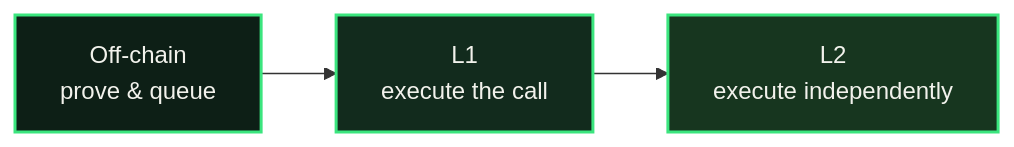
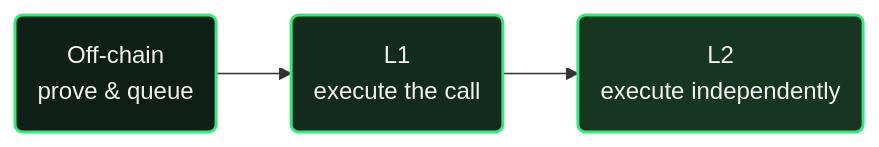
Before and after one commit to 0xarmagan/eez-docs: the first of 2 diagrams in docs/_execution-flow-diagram.mdx, drawn with Mermaid. The commit also changed other lines of this file and 10 other files, not shown here.

````diff
--- a/docs/_execution-flow-diagram.mdx
+++ b/docs/_execution-flow-diagram.mdx
@@ -3,8 +3,8 @@
 ```mermaid
 flowchart LR
-    A["Off-chain\nprove & queue"] --> B["L1\nexecute the call"]
-    B --> C["L2\nexecute independently"]
+    A("Off-chain\nprove & queue") --> B("L1\nexecute the call")
+    B --> C("L2\nexecute independently")
     style A fill:#0d1f16,stroke:#3BE57E,stroke-width:2px,color:#F2F2EC
     style B fill:#122b1d,stroke:#3BE57E,stroke-width:2px,color:#F2F2EC
     style C fill:#17361f,stroke:#3BE57E,stroke-width:2px,color:#F2F2EC
 ```
````
